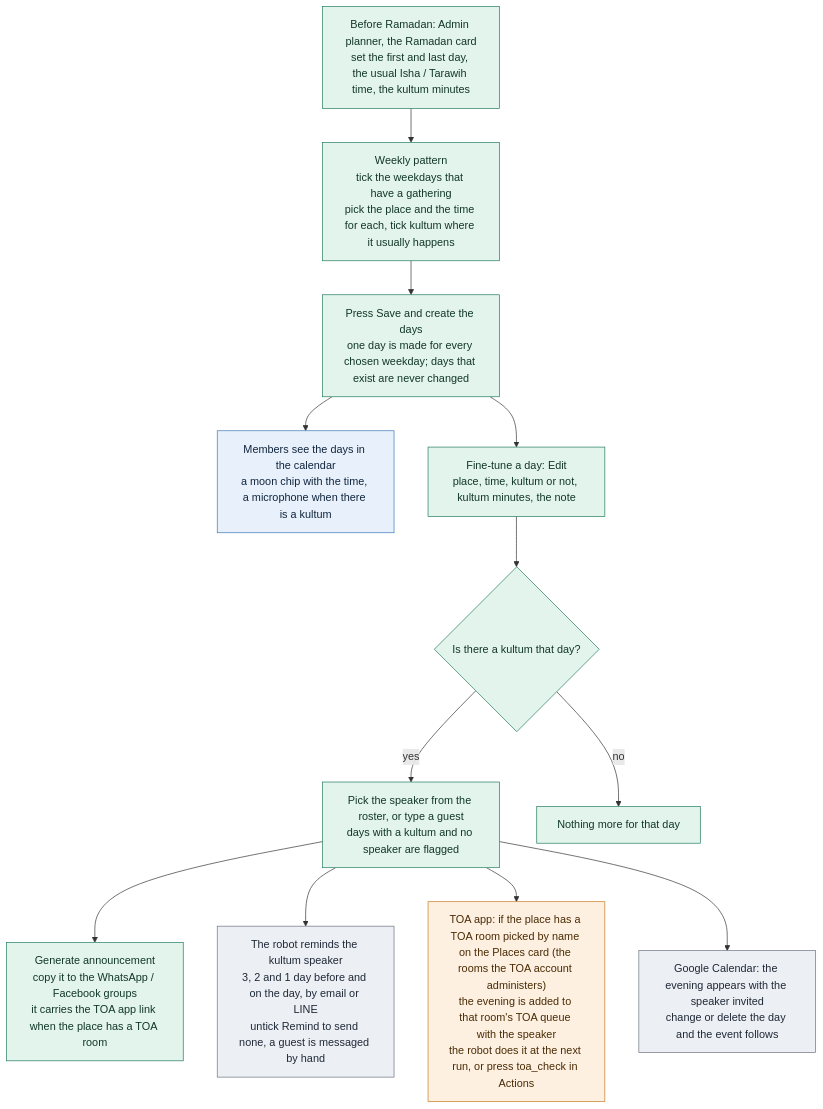
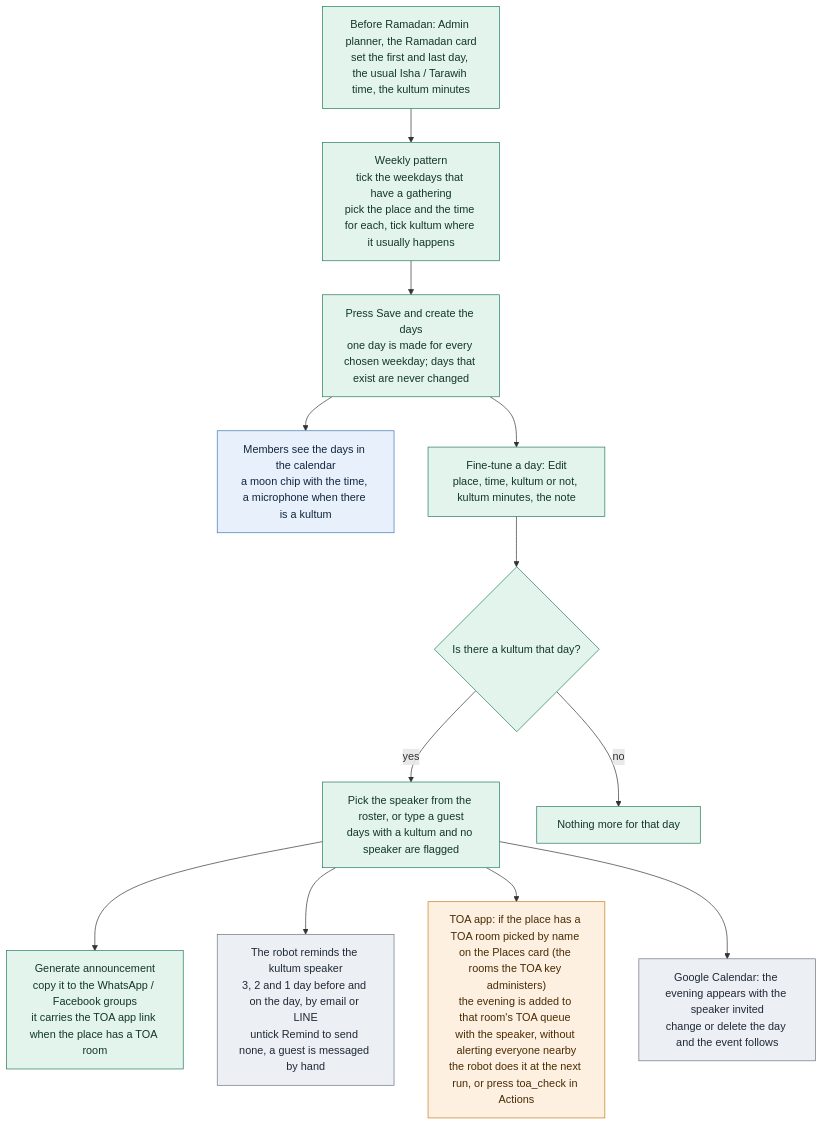
The diagram in public/flows/admin-ramadan.mmd (mushaffarasyidridha/Jumat-Scheduler-NAIST), drawn with Mermaid before and after one commit. The commit also changed 14 other files, not shown here.

First line of the commit message:
TOA: use TOA's own scheduler API with an integration key

```diff
--- a/public/flows/admin-ramadan.mmd
+++ b/public/flows/admin-ramadan.mmd
@@ -1,21 +1,21 @@
 flowchart TD
   A["Before Ramadan: Admin planner, the Ramadan card<br/>set the first and last day, the usual Isha / Tarawih time, the kultum minutes"] --> B["Weekly pattern<br/>tick the weekdays that have a gathering<br/>pick the place and the time for each, tick kultum where it usually happens"]
   B --> C["Press Save and create the days<br/>one day is made for every chosen weekday; days that exist are never changed"]
   C --> D["Members see the days in the calendar<br/>a moon chip with the time, a microphone when there is a kultum"]
   C --> E["Fine-tune a day: Edit<br/>place, time, kultum or not, kultum minutes, the note"]
   E --> F{"Is there a kultum that day?"}
   F -->|"yes"| G["Pick the speaker from the roster, or type a guest<br/>days with a kultum and no speaker are flagged"]
   F -->|"no"| H["Nothing more for that day"]
   G --> I["Generate announcement<br/>copy it to the WhatsApp / Facebook groups<br/>it carries the TOA app link when the place has a TOA room"]
   G --> J["The robot reminds the kultum speaker<br/>3, 2 and 1 day before and on the day, by email or LINE<br/>untick Remind to send none, a guest is messaged by hand"]
-  G --> L["TOA app: if the place has a TOA room picked by name on the Places card (the rooms the TOA account administers)<br/>the evening is added to that room's TOA queue with the speaker<br/>the robot does it at the next run, or press toa_check in Actions"]
+  G --> L["TOA app: if the place has a TOA room picked by name on the Places card (the rooms the TOA key administers)<br/>the evening is added to that room's TOA queue with the speaker, without alerting everyone nearby<br/>the robot does it at the next run, or press toa_check in Actions"]
   G --> K["Google Calendar: the evening appears with the speaker invited<br/>change or delete the day and the event follows"]
 
   classDef member fill:#e8f1fb,stroke:#3b78b8,color:#10253d
   classDef admin fill:#e3f4ec,stroke:#1f7a5c,color:#12372a
   classDef out fill:#fdf0e1,stroke:#c77b1c,color:#4a2b05
   classDef robot fill:#eceff3,stroke:#6b7280,color:#1f2937
   class A,B,C,E,F,G,H,I admin
   class J,K robot
   class L out
   class D member
```
